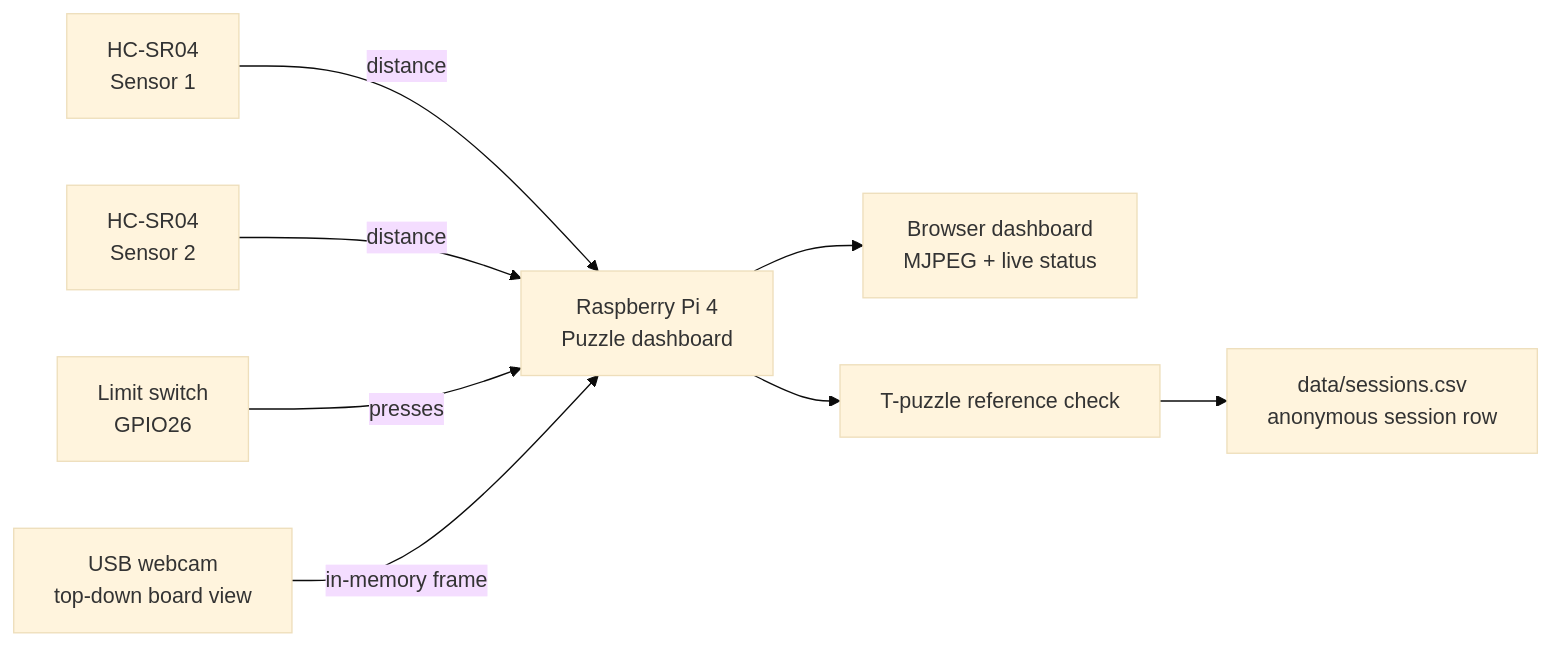
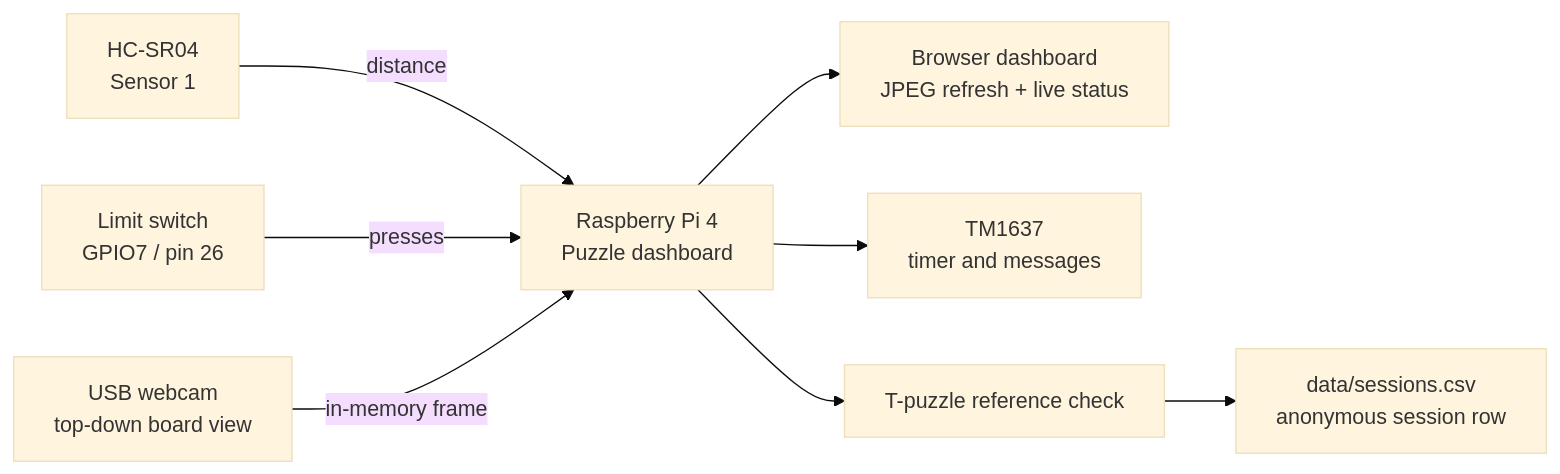
Before and after one commit to iria-param/puzzle-telemetry-rig: the first of 3 diagrams in README.md, drawn with Mermaid (base theme). The commit also changed other lines of this file and 10 other files, not shown here.

````diff
--- a/README.md
+++ b/README.md
@@ -9,10 +9,10 @@
 ```mermaid
 flowchart LR
     S1[HC-SR04<br/>Sensor 1] -->|distance| PI[Raspberry Pi 4<br/>Puzzle dashboard]
-    S2[HC-SR04<br/>Sensor 2] -->|distance| PI
-    SW[Limit switch<br/>GPIO26] -->|presses| PI
+    SW[Limit switch<br/>GPIO7 / pin 26] -->|presses| PI
     CAM[USB webcam<br/>top-down board view] -->|in-memory frame| PI
-    PI --> DASH[Browser dashboard<br/>MJPEG + live status]
+    PI --> DASH[Browser dashboard<br/>JPEG refresh + live status]
+    PI --> DISPLAY[TM1637<br/>timer and messages]
     PI --> VERIFY[T-puzzle reference check]
     VERIFY --> CSV[data/sessions.csv<br/>anonymous session row]
 ```
````
